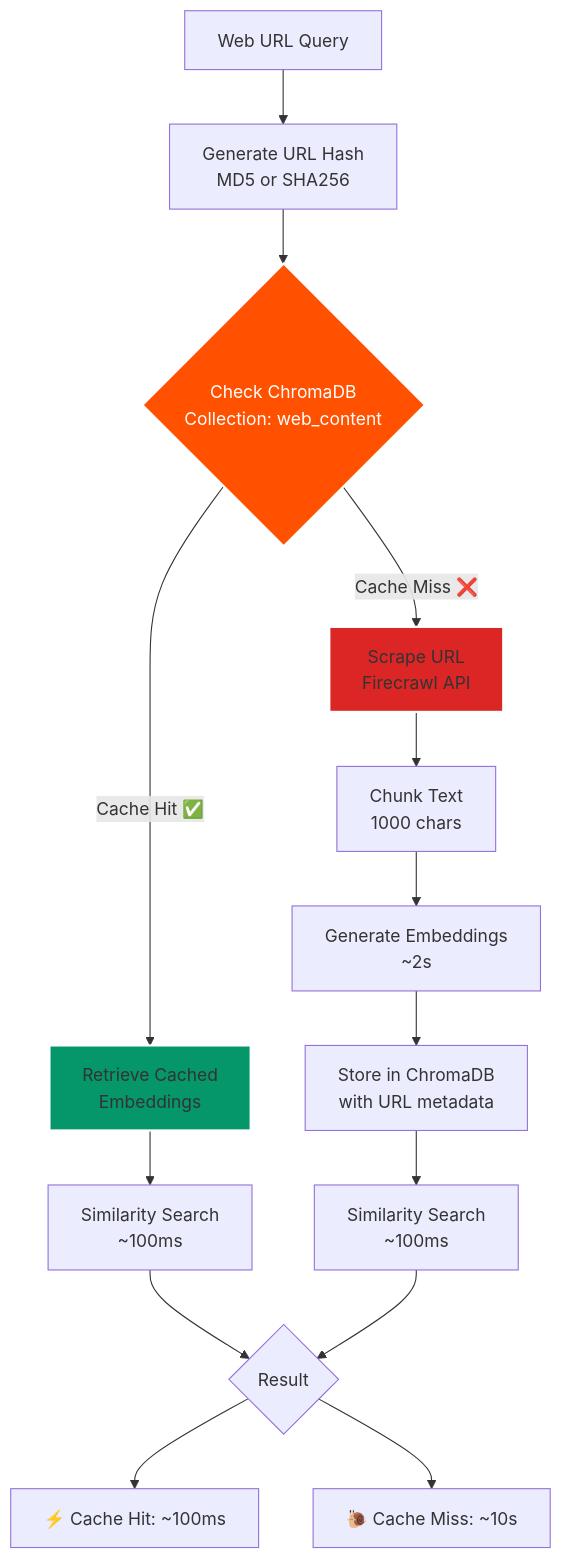
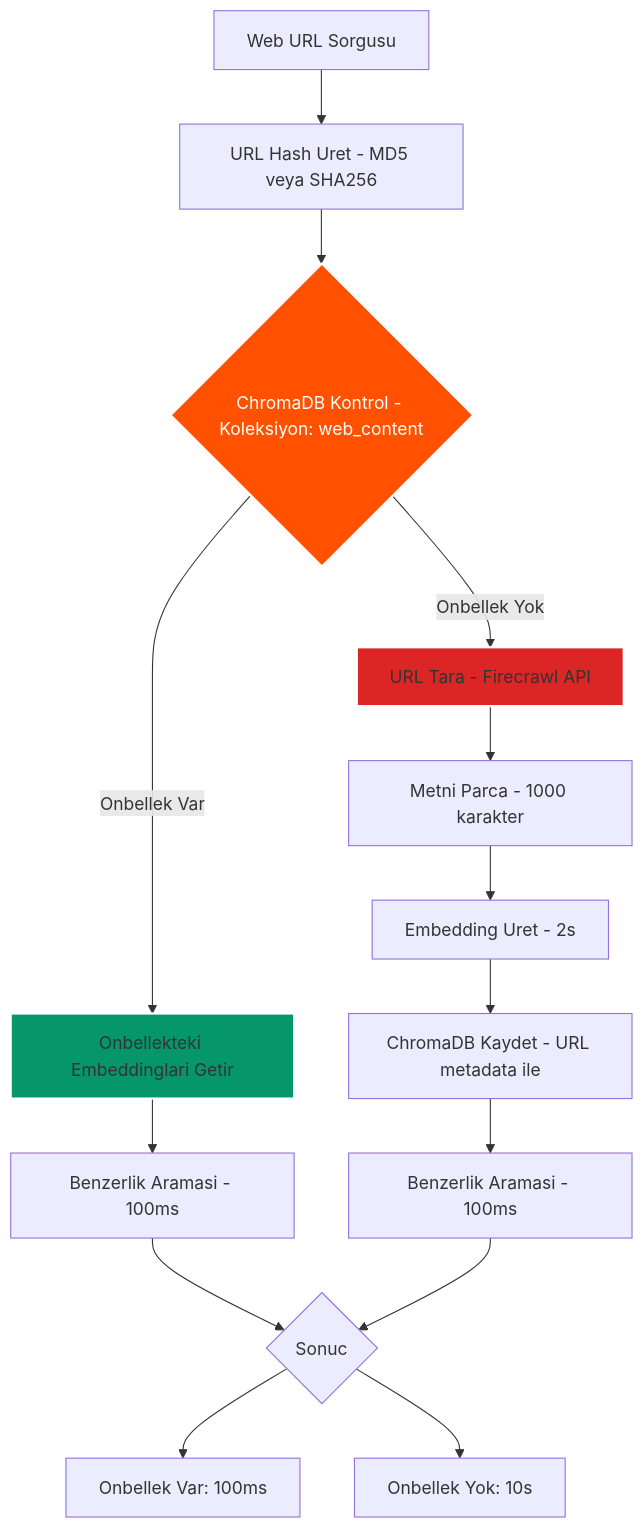
The eighth of 8 diagrams in README.md (fillopisyu/KKB-Project), drawn with Mermaid before and after one commit. The commit also changed other lines of this file, not shown here.

First line of the commit message:
docs: Translate README to Turkish and fix Mermaid syntax errors

````diff
--- a/README.md
+++ b/README.md
@@ -489,25 +489,25 @@
 ```mermaid
 flowchart TD
-    URL[Web URL Query] --> HASH[Generate URL Hash<br/>MD5 or SHA256]
+    URL[Web URL Sorgusu] --> HASH[URL Hash Uret - MD5 veya SHA256]
     
-    HASH --> CHECK{Check ChromaDB<br/>Collection: web_content}
+    HASH --> CHECK{ChromaDB Kontrol - Koleksiyon: web_content}
     
-    CHECK -->|Cache Hit ✅| CACHED[Retrieve Cached<br/>Embeddings]
-    CHECK -->|Cache Miss ❌| SCRAPE[Scrape URL<br/>Firecrawl API]
+    CHECK -->|Onbellek Var| CACHED[Onbellekteki Embeddinglari Getir]
+    CHECK -->|Onbellek Yok| SCRAPE[URL Tara - Firecrawl API]
     
-    CACHED --> SEARCH1[Similarity Search<br/>~100ms]
-    SCRAPE --> CHUNK[Chunk Text<br/>1000 chars]
-    CHUNK --> EMBED[Generate Embeddings<br/>~2s]
-    EMBED --> STORE[Store in ChromaDB<br/>with URL metadata]
-    STORE --> SEARCH2[Similarity Search<br/>~100ms]
+    CACHED --> SEARCH1[Benzerlik Aramasi - 100ms]
+    SCRAPE --> CHUNK[Metni Parca - 1000 karakter]
+    CHUNK --> EMBED[Embedding Uret - 2s]
+    EMBED --> STORE[ChromaDB Kaydet - URL metadata ile]
+    STORE --> SEARCH2[Benzerlik Aramasi - 100ms]
     
-    SEARCH1 --> RESULT{Result}
+    SEARCH1 --> RESULT{Sonuc}
     SEARCH2 --> RESULT
     
-    RESULT --> TIME1[⚡ Cache Hit: ~100ms]
-    RESULT --> TIME2[🐌 Cache Miss: ~10s]
+    RESULT --> TIME1[Onbellek Var: 100ms]
+    RESULT --> TIME2[Onbellek Yok: 10s]
     
     style CHECK fill:#FF5100,stroke:#fff,stroke-width:2px,color:#fff
     style CACHED fill:#059669,stroke:#fff,stroke-width:2px
     style SCRAPE fill:#dc2626,stroke:#fff,stroke-width:2px
 ```
````
